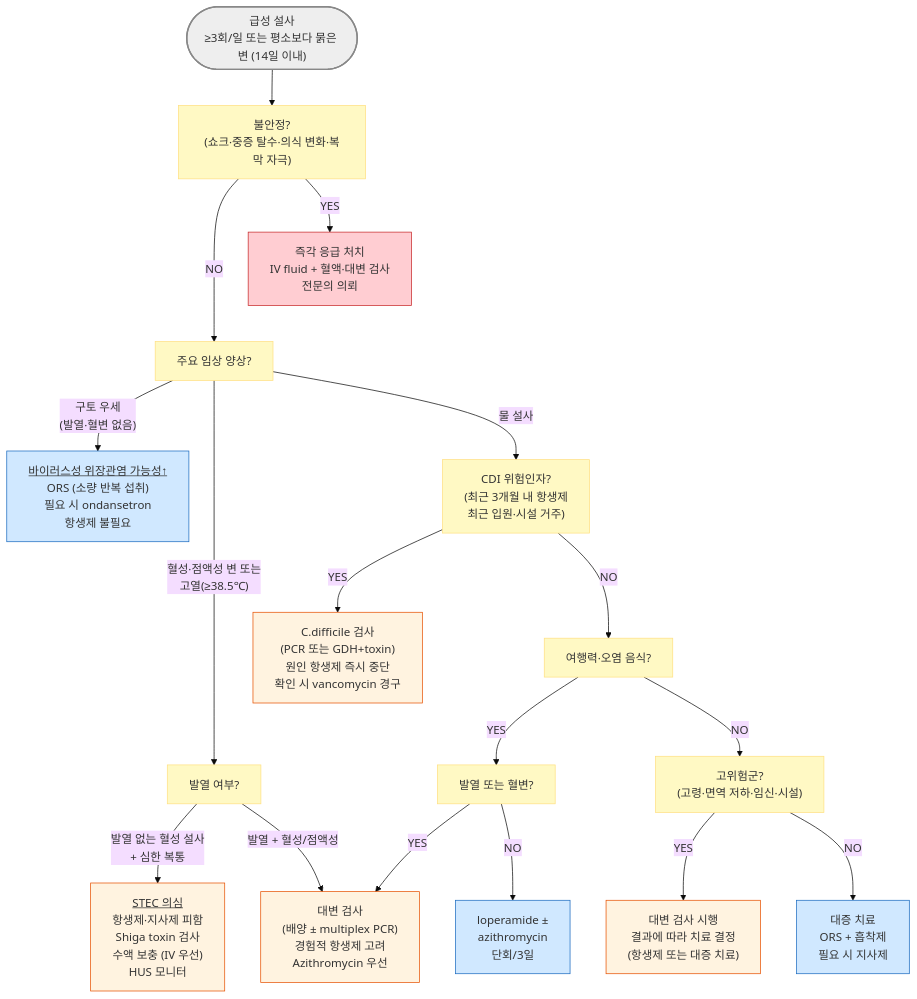
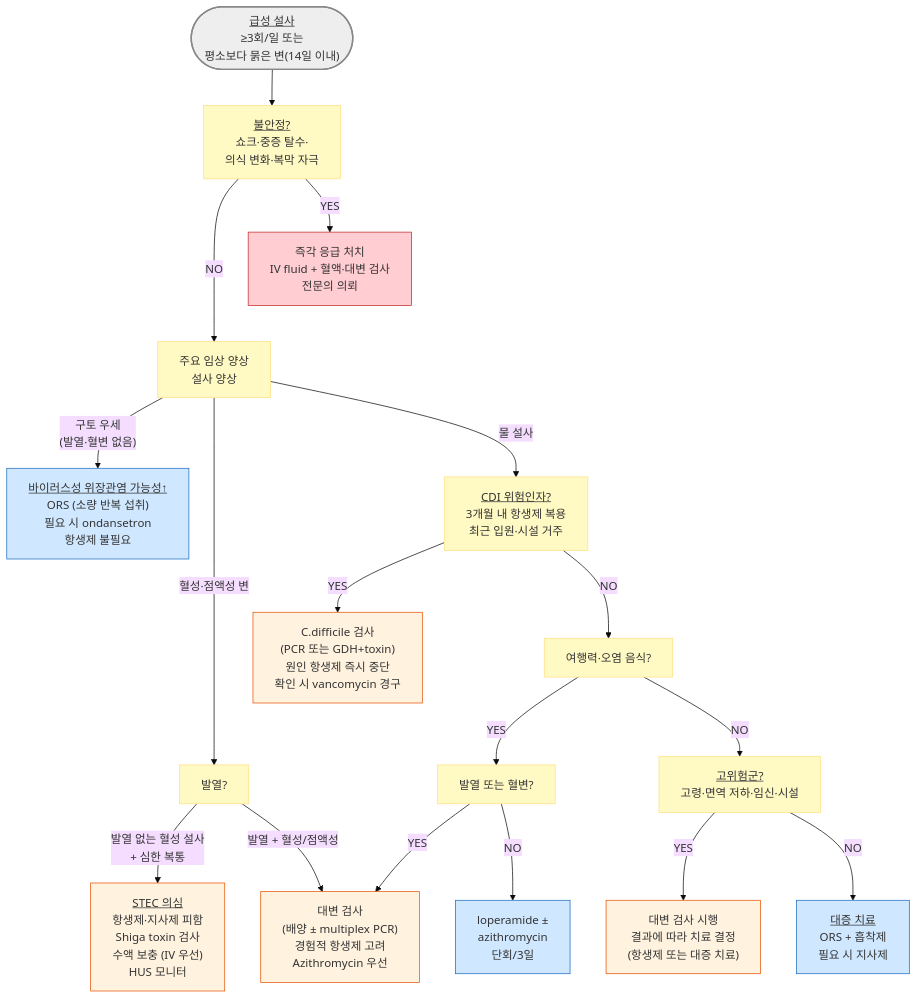
Before and after one commit to familyoh77/familyoh77: the diagram in 224_/085_-acute-infectious-diarrhea.md, drawn with Mermaid (base theme).

Commit message:
GITBOOK-964: No subject

````diff
--- a/224_/085_-acute-infectious-diarrhea.md
+++ b/224_/085_-acute-infectious-diarrhea.md
@@ -184,30 +184,30 @@
 ```mermaid
 graph TD
-    Start(["급성 설사<br/>≥3회/일 또는 평소보다 묽은 변 (14일 이내)"])
-    Start --> Unstable["불안정?<br/>(쇼크·중증 탈수·의식 변화·복막 자극)"]
-    Unstable -- "NO" ---> Symptom["주요 임상 양상?"]
+    Start(["<u>급성 설사</u><br/>≥3회/일 또는<br/>평소보다 묽은 변(14일 이내)"])
+    Start --> Unstable["<u>불안정?</u><br/>쇼크·중증 탈수·<br/>의식 변화·복막 자극"]
+    Unstable -- "NO" ---> Symptom["주요 임상 양상<br/>설사 양상"]
     Unstable -- "YES" --> ER["즉각 응급 처치<br/>IV fluid + 혈액·대변 검사<br/>전문의 의뢰"]
     Symptom -- "구토 우세<br/>(발열·혈변 없음)" --> Viral["<u>바이러스성 위장관염 가능성↑</u><br/>ORS (소량 반복 섭취)<br/>필요 시 ondansetron<br/>항생제 불필요"]
-    Symptom -- "혈성·점액성 변 또는<br/>고열(≥38.5℃)" --> BloodFever["발열 여부?"]
+    Symptom -- "혈성·점액성 변" --> BloodFever["발열?"]
     BloodFever -- "발열 없는 혈성 설사<br/>+ 심한 복통" --> 
     STEC["<u>STEC 의심</u><br/>항생제·지사제 피함<br/>Shiga toxin 검사<br/>수액 보충 (IV 우선)<br/>HUS 모니터"]
     BloodFever -- "발열 + 혈성/점액성" --> EmpiricAtb["대변 검사<br/>(배양 ± multiplex PCR)<br/>경험적 항생제 고려<br/>Azithromycin 우선"]
-    Symptom -- "물 설사" --> CDIRisk["CDI 위험인자?<br/>(최근 3개월 내 항생제<br/>최근 입원·시설 거주)"]
+    Symptom -- "물 설사" --> CDIRisk["<u>CDI 위험인자?</u><br/>3개월 내 항생제 복용<br/>최근 입원·시설 거주"]
     CDIRisk -- "YES" --> CDITx["C.difficile 검사<br/>(PCR 또는 GDH+toxin)<br/>원인 항생제 즉시 중단<br/>확인 시 vancomycin 경구"]
     CDIRisk -- "NO" --> Travel["여행력·오염 음식?"]
     Travel -- "YES" --> TravelFever["발열 또는 혈변?"]
     TravelFever -- "YES" --> EmpiricAtb
     TravelFever -- "NO" --> TravelMild["loperamide ±<br/>azithromycin <br/>단회/3일"]
-    Travel -- "NO" --> Host["고위험군?<br/>(고령·면역 저하·임신·시설)"]
+    Travel -- "NO" --> Host["<u>고위험군?</u><br/>고령·면역 저하·임신·시설"]
     Host -- "YES" --> StoolExam["대변 검사 시행<br/>결과에 따라 치료 결정<br/>(항생제 또는 대증 치료)"]
-    Host -- "NO" --> Watery["대증 치료<br/>ORS + 흡착제<br/>필요 시 지사제"]
+    Host -- "NO" --> Watery["<u>대증 치료</u><br/>ORS + 흡착제<br/>필요 시 지사제"]
  
 style Start fill:#eeeeee,stroke:#888888,stroke-width:2px
 classDef yellow fill:#fff9c4,stroke:#ffe082
    class Unstable,Symptom,BloodFever,CDIRisk,Travel,Host,TravelFever yellow
 style ER fill:#ffcdd2,stroke:#c62828
 classDef orange50 fill:#fff3e0,stroke:#e65100
    class STEC,CDITx,EmpiricAtb,StoolExam orange50
 classDef blue fill:#d0e8ff,stroke:#1a6abf
    class Viral,TravelMild,Watery blue
 ```
````
